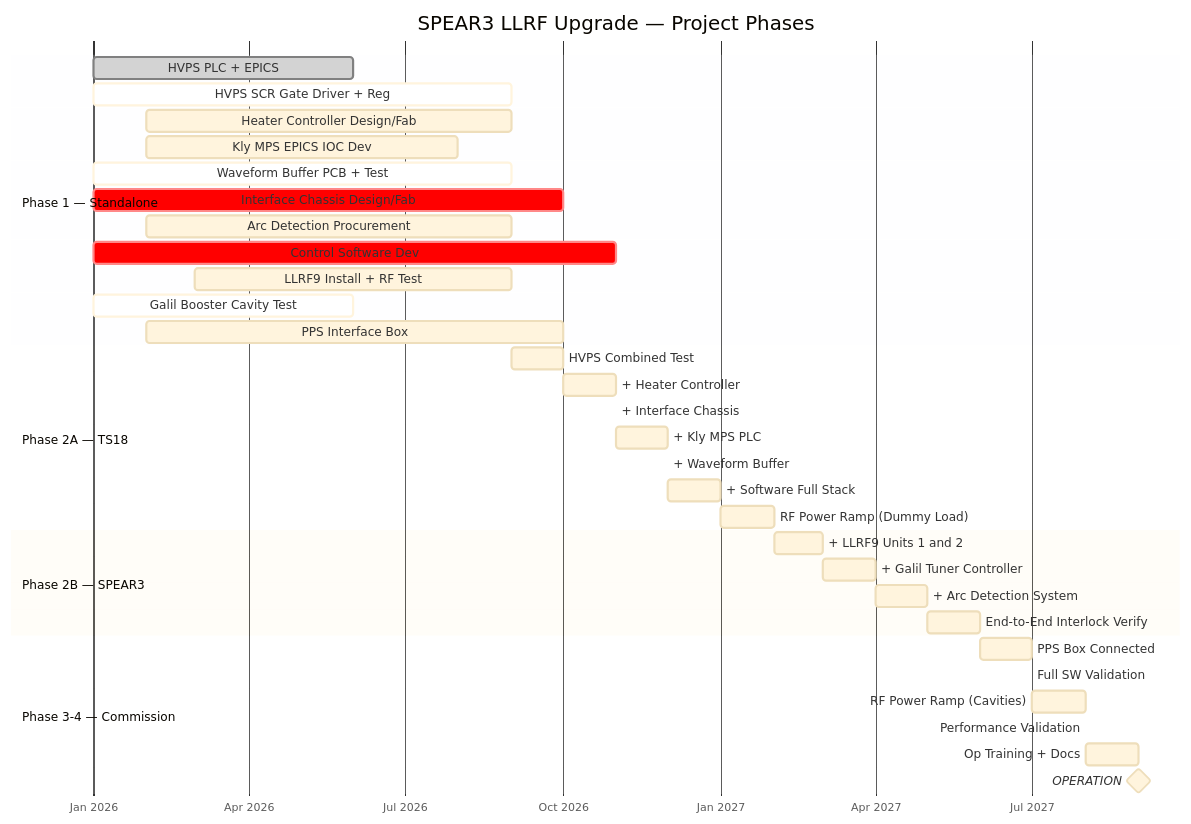
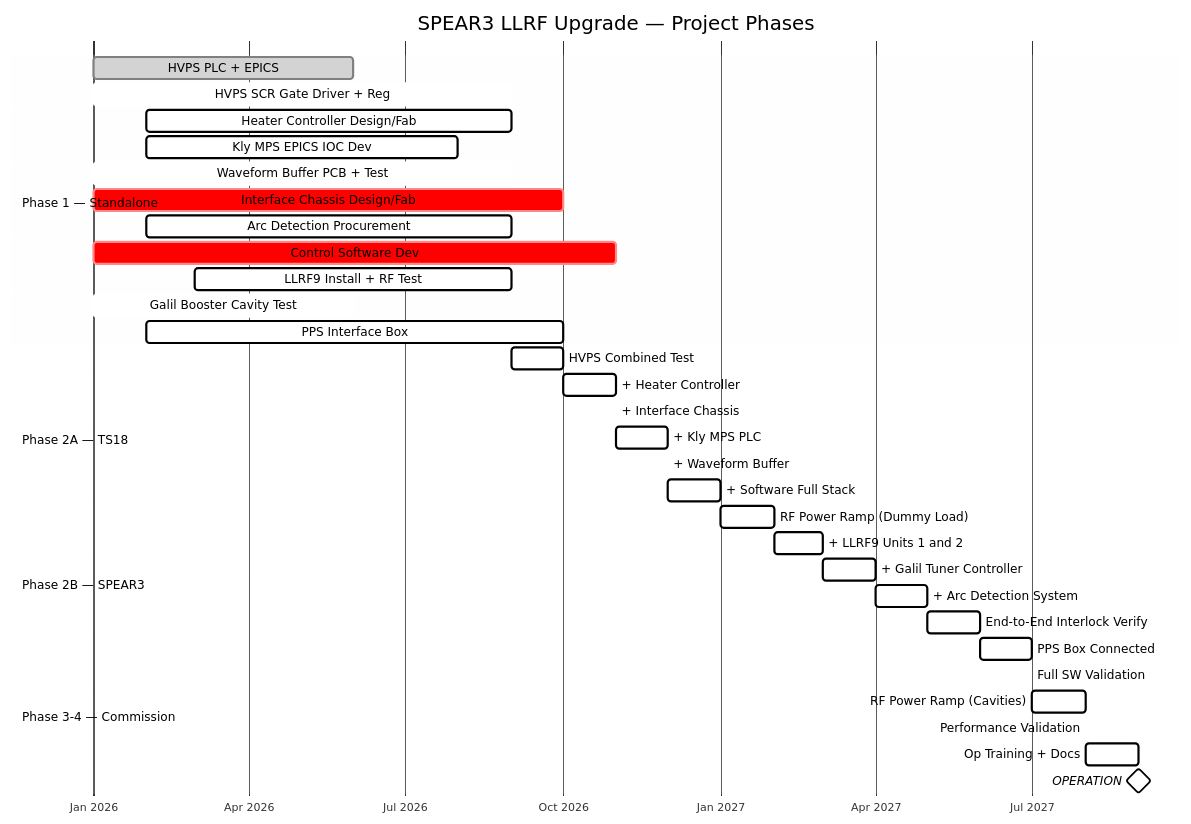
One commit to fayaw/spearlegacyLLRF changed the first of 10 diagrams in Designs/ProjectPath_Diagrams.md. Above: the diagram before and after it, drawn with Mermaid. The commit also changed other lines of this file and 22 other files, not shown here.

First line of the commit message:
Fix EPICS diagram, timeline colors, and add SVG exports for Visio

````diff
--- a/Designs/ProjectPath_Diagrams.md
+++ b/Designs/ProjectPath_Diagrams.md
@@ -16,43 +16,43 @@
 ```mermaid
-%%{init: {'theme':'base', 'themeVariables': {'fontSize': '16px'}}}%%
+%%{init: {'theme':'base', 'themeVariables': {'fontSize': '16px', 'fontFamily': 'arial', 'primaryColor': '#ffffff', 'primaryTextColor': '#000000', 'primaryBorderColor': '#000000', 'lineColor': '#000000', 'sectionBkgColor': '#f9f9f9', 'altSectionBkgColor': '#ffffff', 'gridColor': '#e0e0e0', 'section0': '#dae8fc', 'section1': '#fff2cc', 'section2': '#d5e8d4', 'section3': '#ffe6cc', 'cScale0': '#000000', 'cScale1': '#000000', 'cScale2': '#000000'}}}%%
 gantt
     title SPEAR3 LLRF Upgrade — Project Phases
     dateFormat YYYY-MM
     axisFormat %b %Y
 
     section Phase 1 — Standalone
     HVPS PLC + EPICS             :done,    hvps1, 2026-01, 2026-06
     HVPS SCR Gate Driver + Reg   :active,  hvps2, 2026-01, 2026-09
     Heater Controller Design/Fab :         htr,   2026-02, 2026-09
     Kly MPS EPICS IOC Dev        :         mps,   2026-02, 2026-08
     Waveform Buffer PCB + Test   :active,  wfb,   2026-01, 2026-09
     Interface Chassis Design/Fab :crit,    ic,    2026-01, 2026-10
     Arc Detection Procurement    :         arc,   2026-02, 2026-09
     Control Software Dev         :crit,    sw,    2026-01, 2026-11
     LLRF9 Install + RF Test      :         llrf,  2026-03, 2026-09
     Galil Booster Cavity Test    :active,  gal,   2026-01, 2026-06
     PPS Interface Box            :         pps,   2026-02, 2026-10
 
     section Phase 2A — TS18
     HVPS Combined Test           :         ts1,  after hvps1 hvps2, 2026-10
     + Heater Controller          :         ts2,  after ts1 htr, 2026-11
     + Interface Chassis          :         ts3,  after ts2 ic, 2026-11
     + Kly MPS PLC                :         ts4,  after ts3 mps, 2026-12
     + Waveform Buffer            :         ts5,  after ts4 wfb, 2026-12
     + Software Full Stack        :         ts6,  after ts5 sw, 2027-01
     RF Power Ramp (Dummy Load)   :         ts7,  after ts6, 2027-02
 
     section Phase 2B — SPEAR3
     + LLRF9 Units 1 and 2        :         sp1,  after ts7 llrf, 2027-03
     + Galil Tuner Controller     :         sp2,  after sp1 gal, 2027-04
     + Arc Detection System       :         sp3,  after sp2 arc, 2027-05
     End-to-End Interlock Verify  :         sp4,  after sp3, 2027-06
 
     section Phase 3-4 — Commission
     PPS Box Connected            :         fc1,  after sp4 pps, 2027-07
     Full SW Validation           :         fc2,  after fc1, 2027-07
     RF Power Ramp (Cavities)     :         fc3,  after fc2, 2027-08
     Performance Validation       :         fc4,  after fc3, 2027-08
     Op Training + Docs           :         fc5,  after fc4, 2027-09
     OPERATION                    :milestone, op, after fc5, 0d
 ```
````
